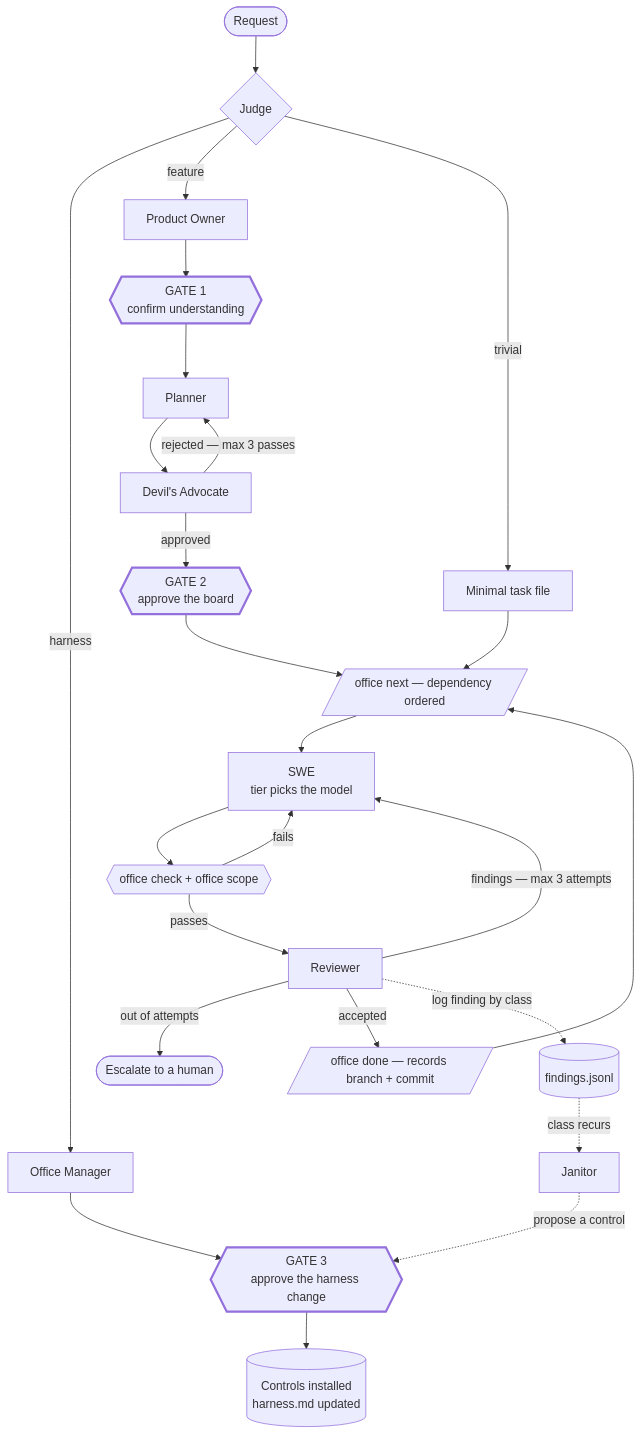
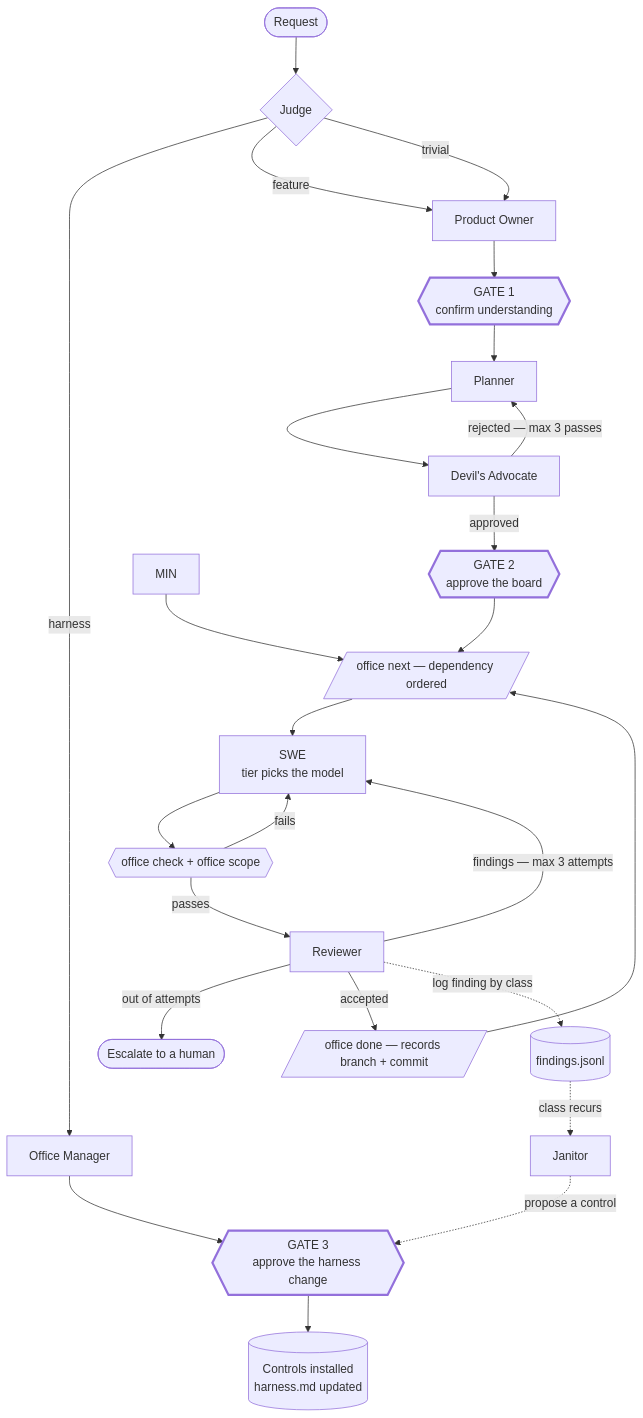
One commit to mbenencase/the-office changed the first of 2 diagrams in README.md. Above: the diagram before and after it, drawn with Mermaid. The commit also changed other lines of this file and 19 other files, not shown here.

````diff
--- a/README.md
+++ b/README.md
@@ -21,36 +21,36 @@
 ```mermaid
 flowchart TD
     REQ([Request]) --> JUDGE{Judge}
 
     JUDGE -->|harness| OM[Office Manager]
     JUDGE -->|feature| PO[Product Owner]
-    JUDGE -->|trivial| MIN[Minimal task file]
+    JUDGE -->|trivial| PO
 
     OM --> G3{{"GATE 3<br/>approve the harness change"}}
     G3 --> CTRL[("Controls installed<br/>harness.md updated")]
 
     PO --> G1{{"GATE 1<br/>confirm understanding"}}
     G1 --> PLAN[Planner]
     PLAN --> DA["Devil's Advocate"]
     DA -->|"rejected — max 3 passes"| PLAN
     DA -->|approved| G2{{"GATE 2<br/>approve the board"}}
 
     G2 --> NEXT
     MIN --> NEXT[/"office next — dependency ordered"/]
 
     NEXT --> SWE["SWE<br/>tier picks the model"]
     SWE --> VER{{"office check + office scope"}}
     VER -->|fails| SWE
     VER -->|passes| REV[Reviewer]
     REV -->|"findings — max 3 attempts"| SWE
     REV -->|"out of attempts"| HUM([Escalate to a human])
     REV -->|accepted| DONE[/"office done — records branch + commit"/]
     DONE --> NEXT
 
     REV -.->|log finding by class| LED[("findings.jsonl")]
     LED -.->|class recurs| JAN[Janitor]
     JAN -.->|propose a control| G3
 
     classDef gate stroke-width:3px
     class G1,G2,G3 gate
 ```
````
